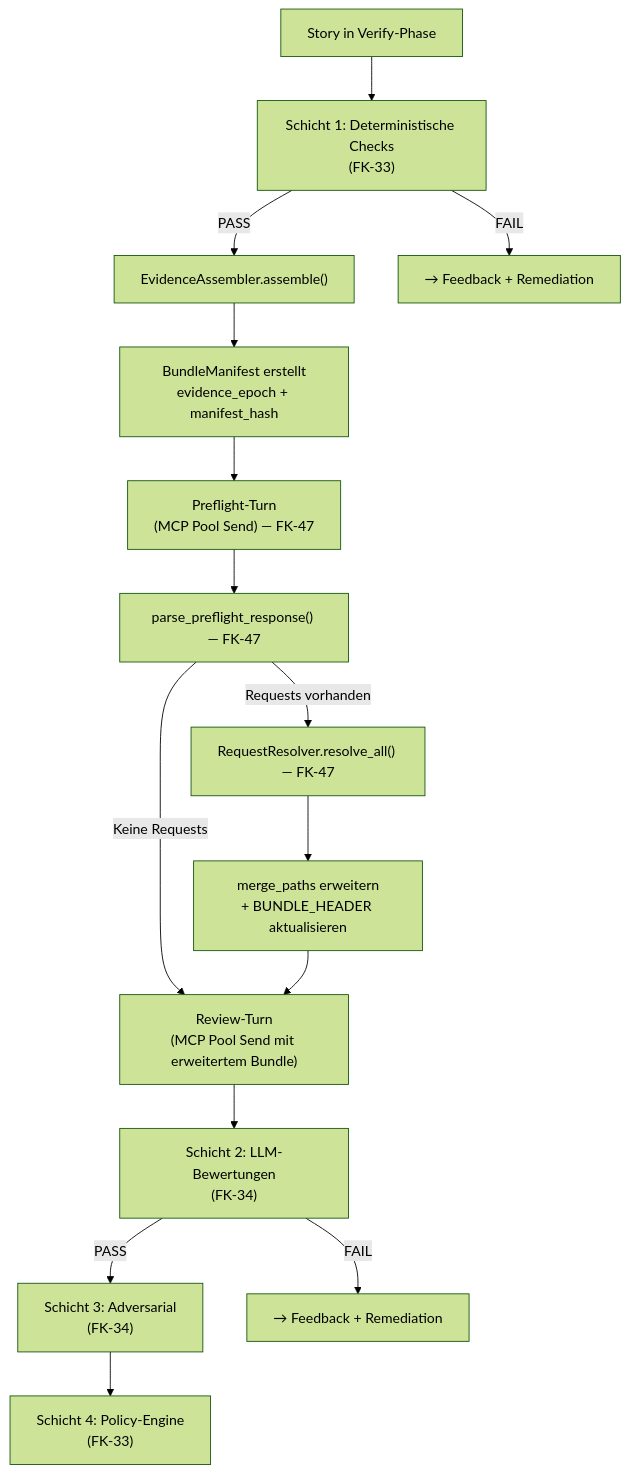
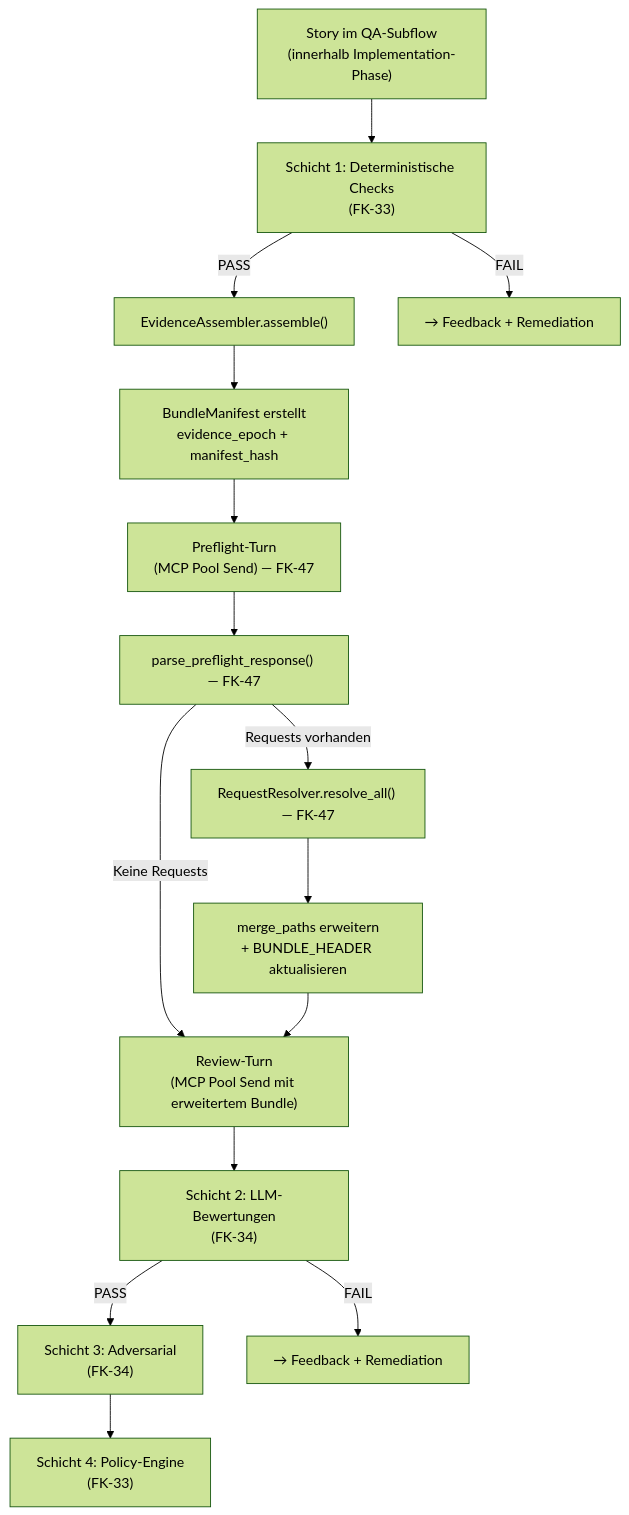
Before and after one commit to saltenhof/claude-agentkit3: the second of 2 diagrams in concept/technical-design/28_evidence_assembly_review_vorbereitung.md, drawn with Mermaid (forest theme). The commit also changed other lines of this file and 37 other files, not shown here.

First line of the commit message:
Concept wave: 4-phase pipeline (Verify as QA-subflow), Themen 1-3+5 eingearbeitet

````diff
--- a/concept/technical-design/28_evidence_assembly_review_vorbereitung.md
+++ b/concept/technical-design/28_evidence_assembly_review_vorbereitung.md
@@ -880,23 +881,23 @@
 ```mermaid
 flowchart TD
-    START["Story in Verify-Phase"] --> L1["Schicht 1: Deterministische Checks<br/>(FK-33)"]
+    START["Story im QA-Subflow<br/>(innerhalb Implementation-Phase)"] --> L1["Schicht 1: Deterministische Checks<br/>(FK-33)"]
     L1 -->|PASS| ASSEMBLE["EvidenceAssembler.assemble()"]
     L1 -->|FAIL| FAIL_L1["→ Feedback + Remediation"]
 
     ASSEMBLE --> MANIFEST["BundleManifest erstellt<br/>evidence_epoch + manifest_hash"]
 
     MANIFEST --> PREFLIGHT["Preflight-Turn<br/>(MCP Pool Send) — FK-47"]
     PREFLIGHT --> PARSE["parse_preflight_response() — FK-47"]
 
     PARSE -->|Requests vorhanden| RESOLVE["RequestResolver.resolve_all() — FK-47"]
     PARSE -->|Keine Requests| REVIEW
 
     RESOLVE --> EXTEND["merge_paths erweitern<br/>+ BUNDLE_HEADER aktualisieren"]
     EXTEND --> REVIEW
 
     REVIEW["Review-Turn<br/>(MCP Pool Send mit erweitertem Bundle)"]
     REVIEW --> L2["Schicht 2: LLM-Bewertungen<br/>(FK-34)"]
     L2 -->|PASS| L3["Schicht 3: Adversarial<br/>(FK-34)"]
     L2 -->|FAIL| FAIL_L2["→ Feedback + Remediation"]
     L3 --> L4["Schicht 4: Policy-Engine<br/>(FK-33)"]
 ```
````
